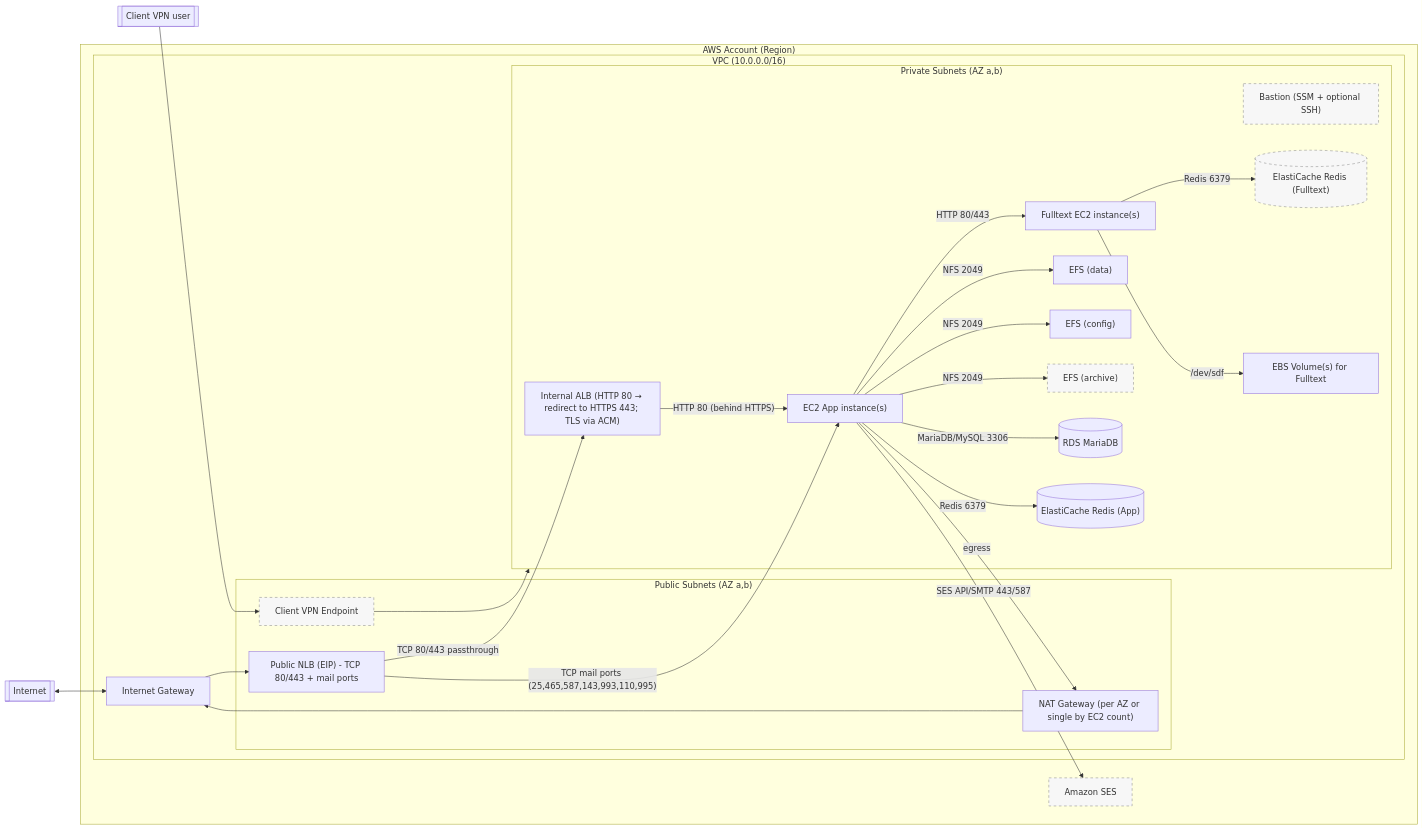
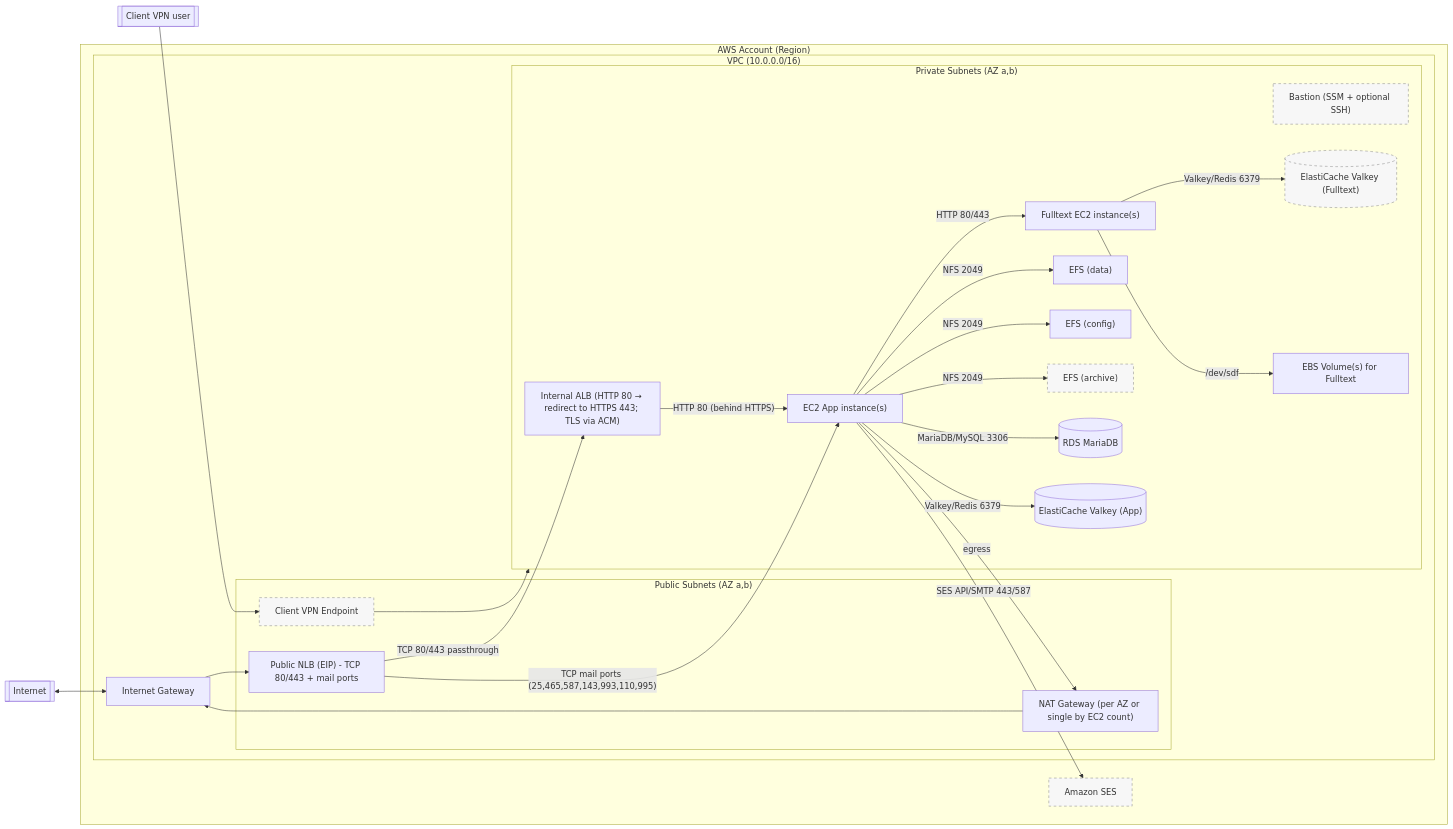
One commit to spetr/iw-terraform changed the diagram in ARCHITECTURE.md. Above: the diagram before and after it, drawn with Mermaid. The commit also changed other lines of this file and 8 other files, not shown here.

````diff
--- a/ARCHITECTURE.md
+++ b/ARCHITECTURE.md
@@ -5,67 +5,67 @@
 ```mermaid
 flowchart LR
   Internet[[Internet]]
   Client[[Client VPN user]]
 
   subgraph AWS["AWS Account (Region)"]
     subgraph VPC["VPC (10.0.0.0/16)"]
       IGW["Internet Gateway"]
 
       subgraph Public["Public Subnets (AZ a,b)"]
         NLB["Public NLB (EIP) - TCP 80/443 + mail ports"]
         NAT["NAT Gateway (per AZ or single by EC2 count)"]
         CVPN["Client VPN Endpoint"]
       end
 
       subgraph Private["Private Subnets (AZ a,b)"]
         ALB["Internal ALB (HTTP 80 → redirect to HTTPS 443; TLS via ACM)"]
         EC2["EC2 App instance(s)"]
         FT["Fulltext EC2 instance(s)"]
         Bastion["Bastion (SSM + optional SSH)"]
         EFS1["EFS (data)"]
         EFS2["EFS (config)"]
         EFS3["EFS (archive)"]
         RDS[("RDS MariaDB")]
-        RedisApp[("ElastiCache Redis (App)")]
-        RedisFT[("ElastiCache Redis (Fulltext)")]
+          ValkeyApp[("ElastiCache Valkey (App)")]
+          ValkeyFT[("ElastiCache Valkey (Fulltext)")]
         EBSFT["EBS Volume(s) for Fulltext"]
       end
     end
     SES["Amazon SES"]
   end
 
   Internet <--> IGW
 
   %% Inbound from Internet
   IGW --> NLB
   NLB -->|"TCP 80/443 passthrough"| ALB
   NLB -->|"TCP mail ports (25,465,587,143,993,110,995)"| EC2
 
   %% Load balancer to EC2
   ALB -->|"HTTP 80 (behind HTTPS)"| EC2
 
   %% East-west inside VPC
   EC2 -- "NFS 2049" --> EFS1
   EC2 -- "NFS 2049" --> EFS2
   EC2 -- "NFS 2049" --> EFS3
   EC2 -->|"MariaDB/MySQL 3306"| RDS
-  EC2 -->|"Redis 6379"| RedisApp
-  FT  -->|"Redis 6379"| RedisFT
+  EC2 -->|"Valkey/Redis 6379"| ValkeyApp
+  FT  -->|"Valkey/Redis 6379"| ValkeyFT
   EC2 -->|"HTTP 80/443"| FT
 
   %% App to SES (API/SMTP) – via NAT egress
   EC2 -->|"SES API/SMTP 443/587"| SES
 
   %% Egress
   EC2 -->|egress| NAT --> IGW
 
   %% Fulltext storage attachment
   FT -- "/dev/sdf" --> EBSFT
 
   %% VPN access into VPC
   Client --> CVPN --> Private
 
   %% Styling for optional components
   classDef optional fill:#f7f7f7,stroke:#888,stroke-width:1px,stroke-dasharray: 5 5,color:#333
-  class EFS3,RedisFT,SES,CVPN,Bastion optional
+  class EFS3,ValkeyFT,SES,CVPN,Bastion optional
 ```
````
